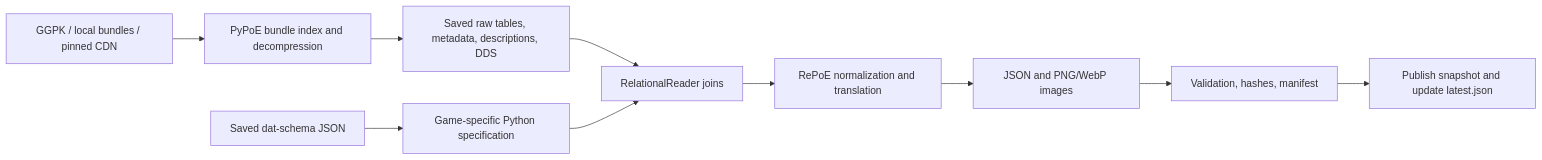
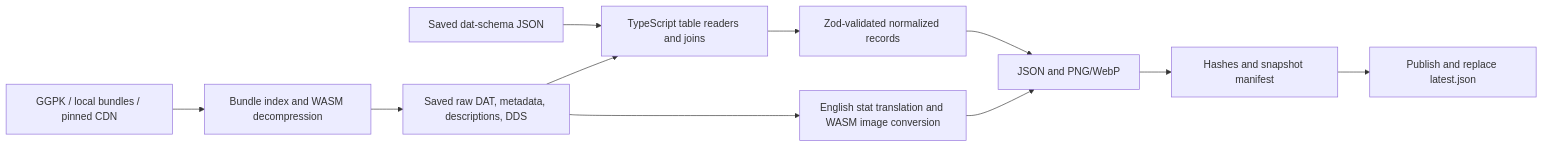
The diagram in packages/poe-game-data/README.md (qcksys/path-of-exile-tools), drawn with Mermaid before and after one commit. The commit also changed other lines of this file and 42 other files, not shown here.

Commit message:
feat: port game data pipeline to TypeScript and Zod

````diff
--- a/packages/poe-game-data/README.md
+++ b/packages/poe-game-data/README.md
@@ -87,12 +47,13 @@
 ```mermaid
 flowchart LR
-    A[GGPK / local bundles / pinned CDN] --> B[PyPoE bundle index and decompression]
-    B --> C[Saved raw tables, metadata, descriptions, DDS]
-    S[Saved dat-schema JSON] --> D[Game-specific Python specification]
-    C --> E[RelationalReader joins]
-    D --> E
-    E --> F[RePoE normalization and translation]
-    F --> G[JSON and PNG/WebP images]
-    G --> H[Validation, hashes, manifest]
-    H --> I[Publish snapshot and update latest.json]
+    A[GGPK / local bundles / pinned CDN] --> B[Bundle index and WASM decompression]
+    B --> C[Saved raw DAT, metadata, descriptions, DDS]
+    S[Saved dat-schema JSON] --> D[TypeScript table readers and joins]
+    C --> D
+    D --> E[Zod-validated normalized records]
+    C --> F[English stat translation and WASM image conversion]
+    E --> G[JSON and PNG/WebP]
+    F --> G
+    G --> H[Hashes and snapshot manifest]
+    H --> I[Publish and replace latest.json]
 ```
````
